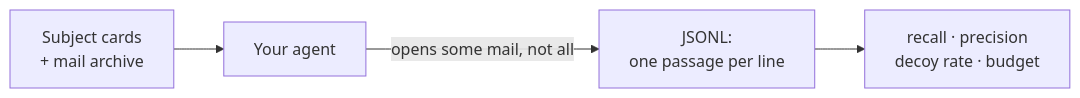
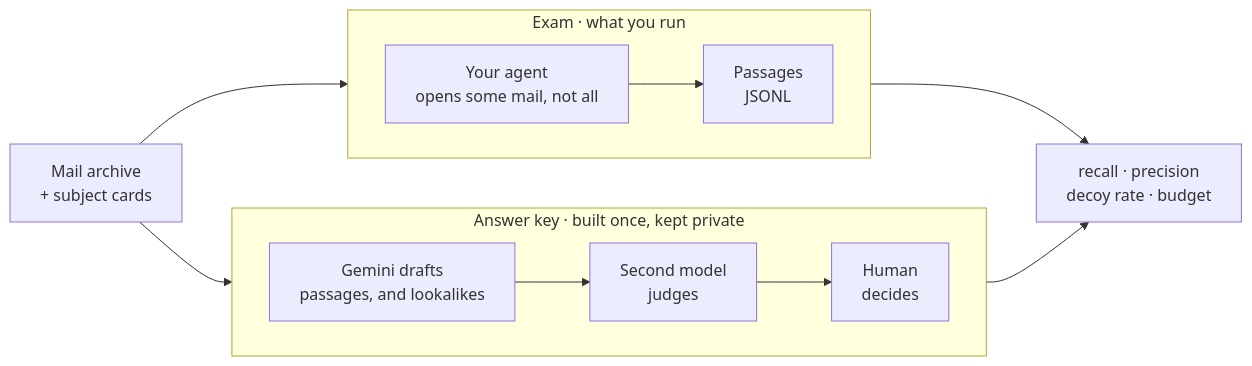
The diagram in README.md (malhajar17/dsar-bench), drawn with Mermaid before and after one commit. The commit also changed other lines of this file, not shown here.

Commit message:
Show the key and the exam as one figure, then describe the three key steps in prose.

````diff
--- a/README.md
+++ b/README.md
@@ -18,6 +18,21 @@
 ```mermaid
 flowchart LR
-  in["Subject cards<br/>+ mail archive"] --> agent["Your agent"]
-  agent -->|"opens some mail, not all"| out["JSONL:<br/>one passage per line"]
-  out --> score["recall · precision<br/>decoy rate · budget"]
+  archive["Mail archive<br/>+ subject cards"]
+
+  subgraph build ["Answer key · built once, kept private"]
+    direction LR
+    draft["Gemini drafts<br/>passages, and lookalikes"] --> judge["Second model<br/>judges"] --> human["Human<br/>decides"]
+  end
+
+  subgraph run ["Exam · what you run"]
+    direction LR
+    agent["Your agent<br/>opens some mail, not all"] --> out["Passages<br/>JSONL"]
+  end
+
+  score["recall · precision<br/>decoy rate · budget"]
+
+  archive --> draft
+  archive --> agent
+  human --> score
+  out --> score
 ```
````
